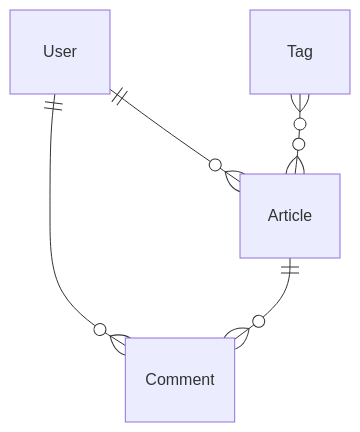
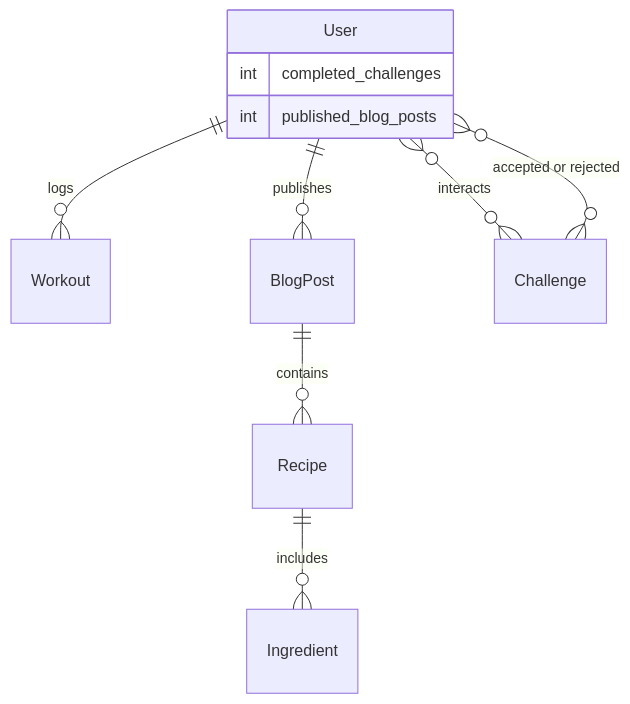
Before and after one commit to NasaboyZ/stepsync: the diagram in StepSnyc/_docs/erd.mermaid, drawn with Mermaid.

Commit message:
mermaid projekt übersicht

```diff
--- a/StepSnyc/_docs/erd.mermaid
+++ b/StepSnyc/_docs/erd.mermaid
@@ -1,6 +1,13 @@
-
 erDiagram
-    User ||--o{ Article: ""
-    User ||--o{ Comment: ""
-    Article ||--o{ Comment: ""
-    Tag }o--o{ Article: ""
+    User ||--o{ Workout : "logs"
+    User ||--o{ BlogPost : "publishes"
+    BlogPost ||--o{ Recipe : "contains"
+    Recipe ||--o{ Ingredient : "includes"
+    User }o--o{ Challenge : "interacts"
+    Challenge }o--o{ User : "accepted or rejected"
+    
+    %% Für das Dashboard %%
+    User {
+        int completed_challenges
+        int published_blog_posts
+    }
```
